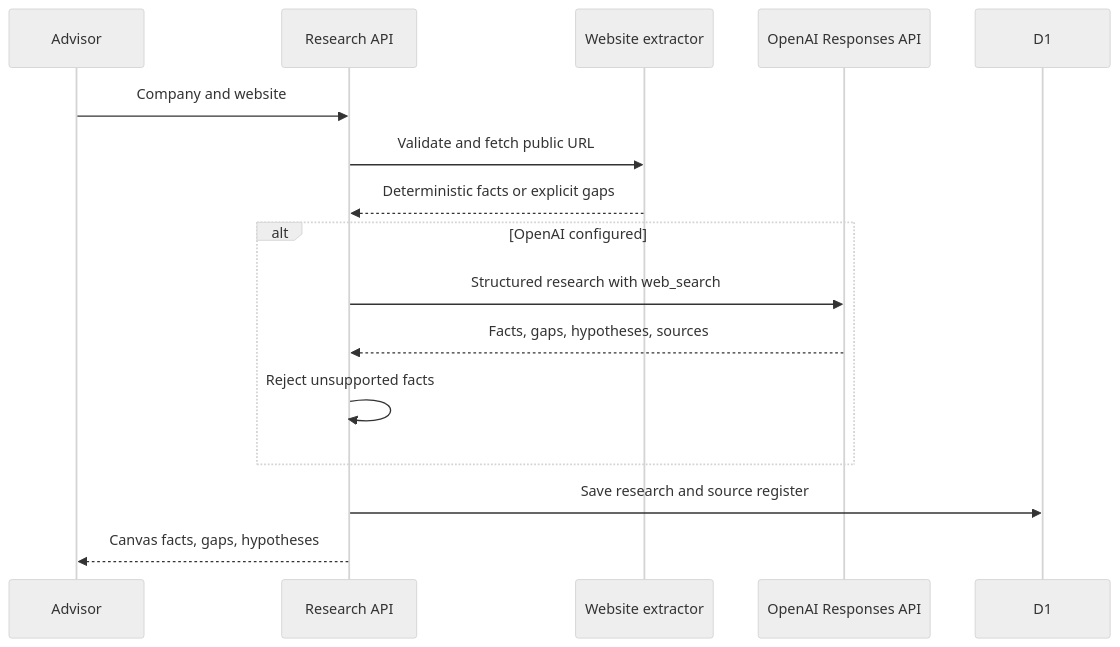
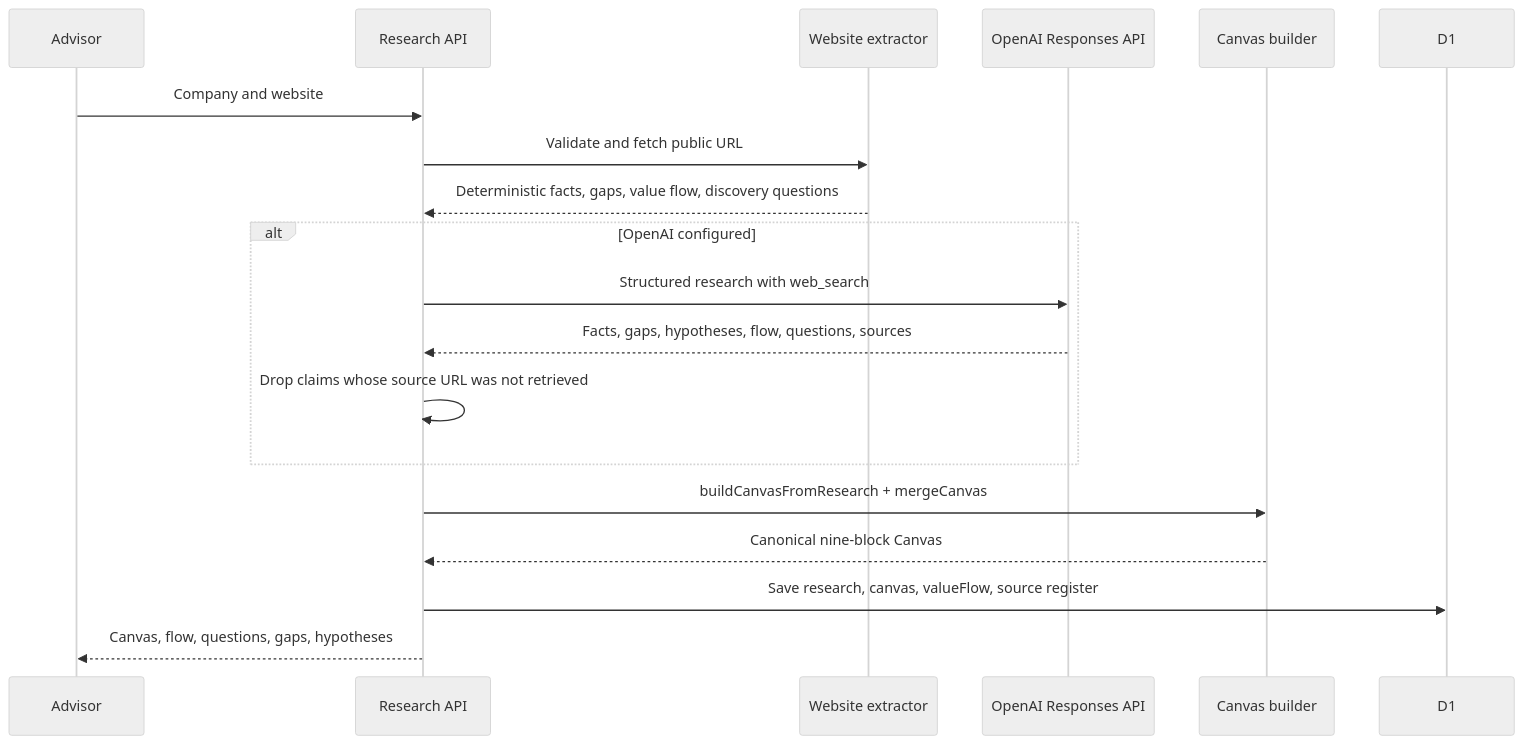
The second of 3 diagrams in openwiki/architecture/system-overview.md (mattrob333/ConstraintAudit), drawn with Mermaid (neutral theme) before and after one commit. The commit also changed other lines of this file and 14 other files, not shown here.

````diff
--- a/openwiki/architecture/system-overview.md
+++ b/openwiki/architecture/system-overview.md
@@ -58,18 +96,21 @@
 ```mermaid
 sequenceDiagram
     participant U as Advisor
     participant A as Research API
     participant W as Website extractor
     participant O as OpenAI Responses API
+    participant C as Canvas builder
     participant D as D1
     U->>A: Company and website
     A->>W: Validate and fetch public URL
-    W-->>A: Deterministic facts or explicit gaps
+    W-->>A: Deterministic facts, gaps, value flow, discovery questions
     alt OpenAI configured
         A->>O: Structured research with web_search
-        O-->>A: Facts, gaps, hypotheses, sources
-        A->>A: Reject unsupported facts
+        O-->>A: Facts, gaps, hypotheses, flow, questions, sources
+        A->>A: Drop claims whose source URL was not retrieved
     end
-    A->>D: Save research and source register
-    A-->>U: Canvas facts, gaps, hypotheses
+    A->>C: buildCanvasFromResearch + mergeCanvas
+    C-->>A: Canonical nine-block Canvas
+    A->>D: Save research, canvas, valueFlow, source register
+    A-->>U: Canvas, flow, questions, gaps, hypotheses
 ```
````
